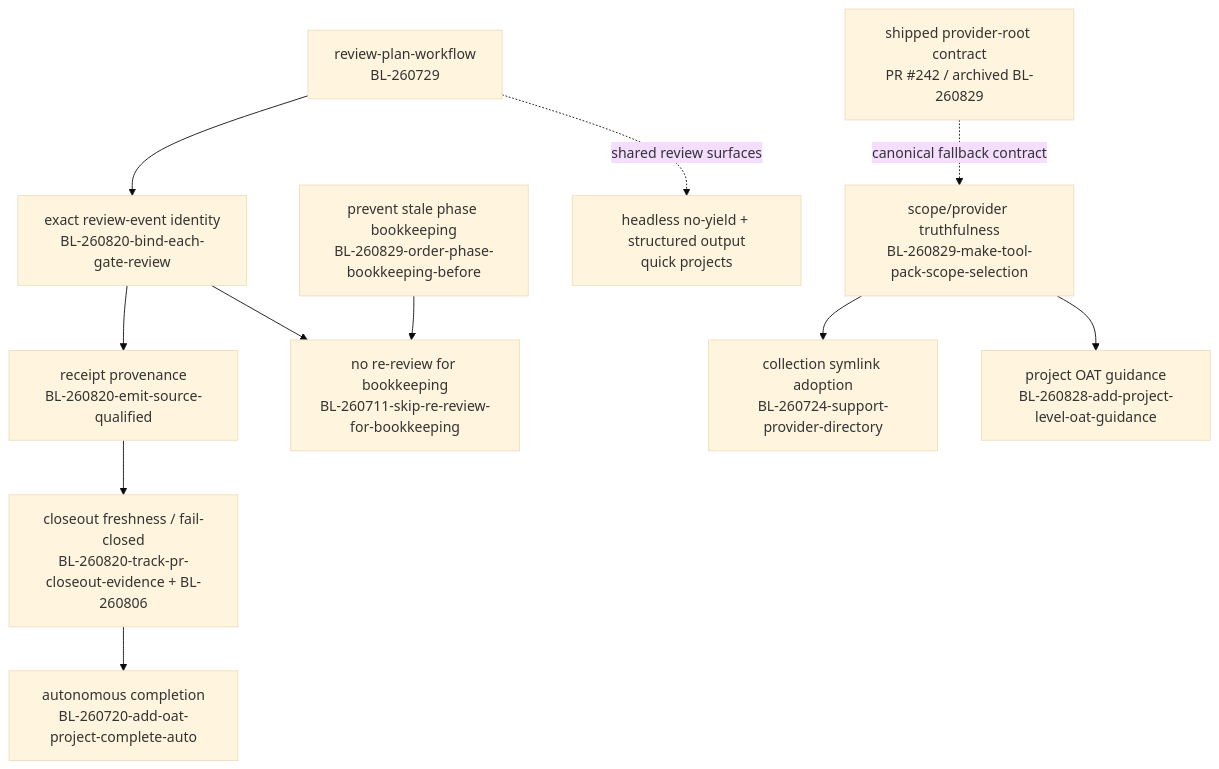
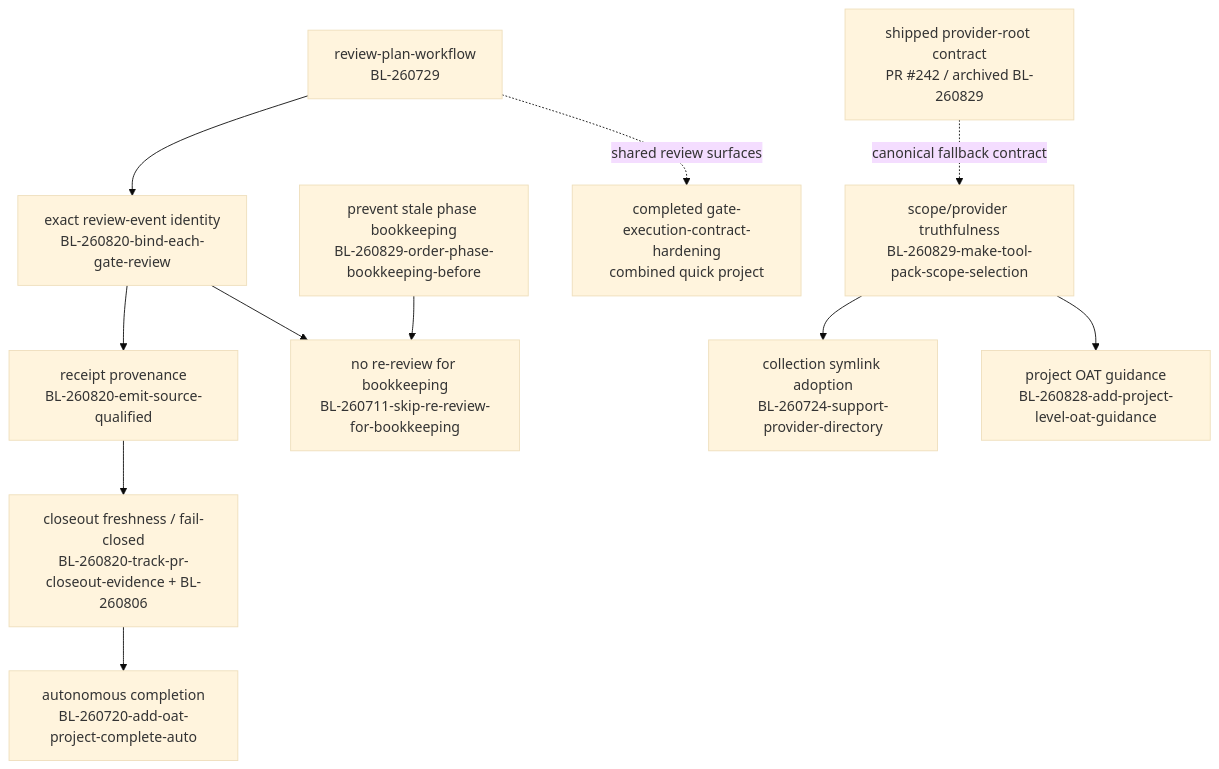
The first of 2 diagrams in .oat/repo/pjm/roadmap.md (voxmedia/open-agent-toolkit), drawn with Mermaid (base theme) before and after one commit. The commit also changed other lines of this file and 42 other files, not shown here.

Commit message:
feat: harden gate execution contracts (#246)

````diff
--- a/.oat/repo/pjm/roadmap.md
+++ b/.oat/repo/pjm/roadmap.md
@@ -88,13 +88,13 @@
 ```mermaid
 flowchart TD
   RP["review-plan-workflow\nBL-260729"] --> EI["exact review-event identity\nBL-260820-bind-each-gate-review"]
   EI --> PE["receipt provenance\nBL-260820-emit-source-qualified"]
   PE --> CF["closeout freshness / fail-closed\nBL-260820-track-pr-closeout-evidence + BL-260806"]
   PB["prevent stale phase bookkeeping\nBL-260829-order-phase-bookkeeping-before"] --> NR["no re-review for bookkeeping\nBL-260711-skip-re-review-for-bookkeeping"]
   EI --> NR
   AR["shipped provider-root contract\nPR #242 / archived BL-260829"] -. "canonical fallback contract" .-> SP["scope/provider truthfulness\nBL-260829-make-tool-pack-scope-selection"]
   SP --> SY["collection symlink adoption\nBL-260724-support-provider-directory"]
   SP --> AG["project OAT guidance\nBL-260828-add-project-level-oat-guidance"]
-  RP -. "shared review surfaces" .-> HG["headless no-yield + structured output\nquick projects"]
+  RP -. "shared review surfaces" .-> HG["completed gate-execution-contract-hardening\ncombined quick project"]
   CF --> AC["autonomous completion\nBL-260720-add-oat-project-complete-auto"]
 ```
````
